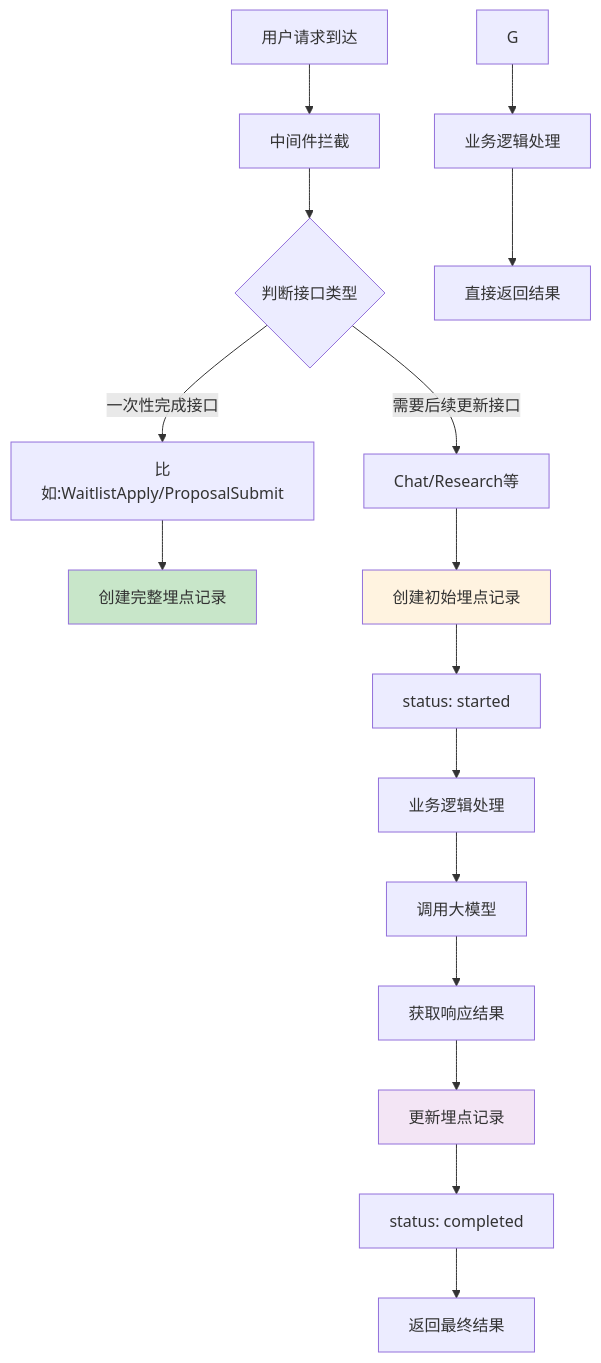
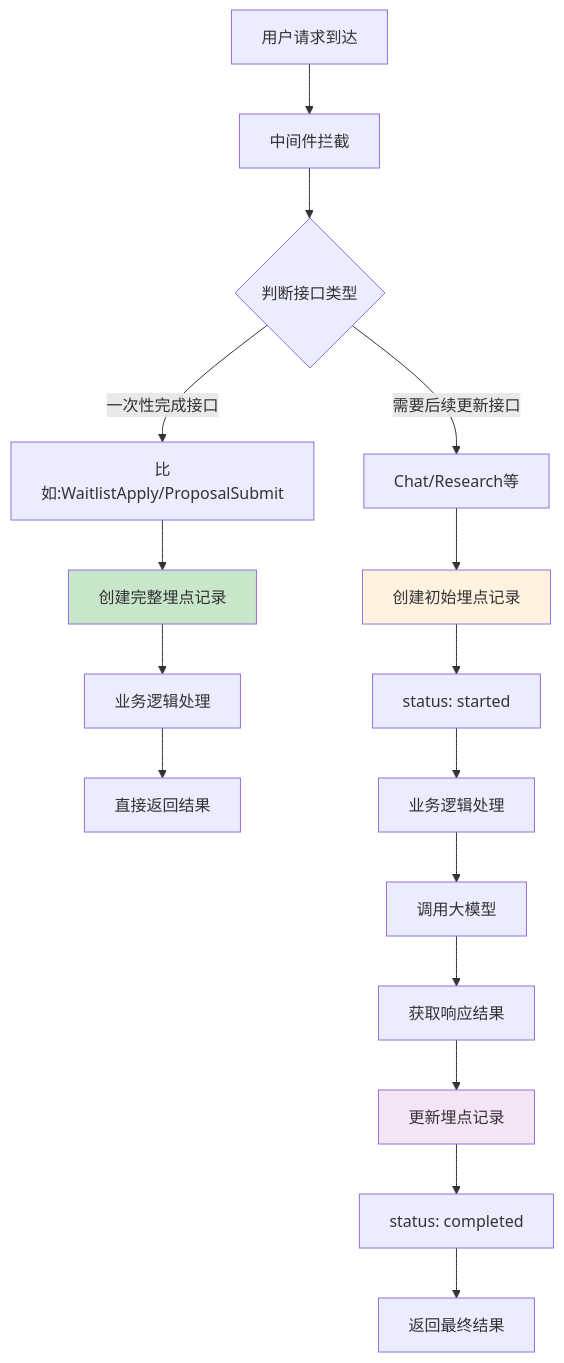
Before and after one commit to yingjianzh/iodraw-files: the diagram in all/未命名-78.md, drawn with Mermaid.

Commit message:
2025-07-08 17:16:26 update

````diff
--- a/all/未命名-78.md
+++ b/all/未命名-78.md
@@ -1,25 +1,25 @@
 ```mermaid
 flowchart TD
     A[用户请求到达] --> B[中间件拦截]
     B --> C{判断接口类型}
     
     C -->|一次性完成接口| D[比如:WaitlistApply/ProposalSubmit]
     C -->|需要后续更新接口| E[Chat/Research等]
     
     D --> F[创建完整埋点记录]
-    G --> H[业务逻辑处理]
+    F --> H[业务逻辑处理]
     H --> I[直接返回结果]
     
     E --> J[创建初始埋点记录]
     J --> K[status: started]
     K --> L[业务逻辑处理]
     L --> M[调用大模型]
     M --> N[获取响应结果]
     N --> O[更新埋点记录]
     O --> P[status: completed]
     P --> Q[返回最终结果]
     
     style F fill:#c8e6c9
     style J fill:#fff3e0
     style O fill:#f3e5f5
 ```
````
